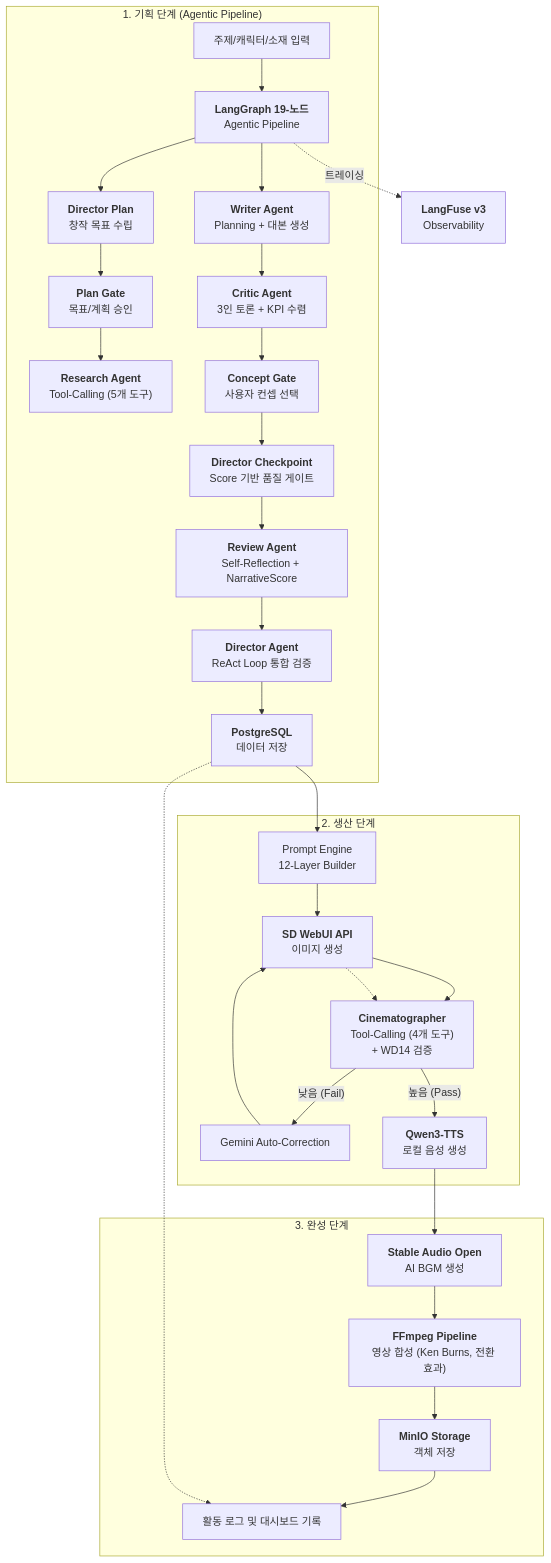
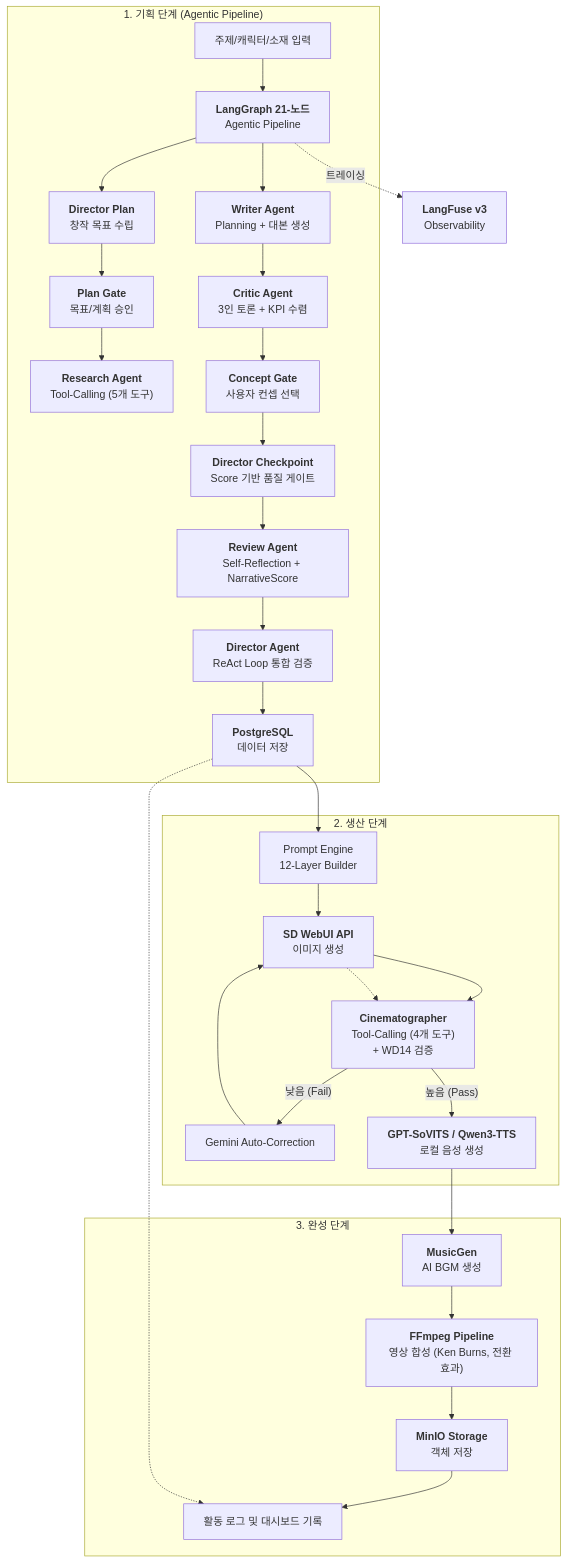
One commit to tomo-playground/sdd-orchestrator changed the first of 2 diagrams in docs/01_product/PRD.md. Above: the diagram before and after it, drawn with Mermaid. The commit also changed other lines of this file and 8 other files, not shown here.

````diff
--- a/docs/01_product/PRD.md
+++ b/docs/01_product/PRD.md
@@ -9,39 +9,39 @@
 ```mermaid
 graph TD
     subgraph Planning ["1. 기획 단계 (Agentic Pipeline)"]
-        Topic[주제/캐릭터/소재 입력] --> Graph["<b>LangGraph 19-노드</b><br/>Agentic Pipeline"]
+        Topic[주제/캐릭터/소재 입력] --> Graph["<b>LangGraph 21-노드</b><br/>Agentic Pipeline"]
         Graph --> DirPlan["<b>Director Plan</b><br/>창작 목표 수립"]
         DirPlan --> PlanGate["<b>Plan Gate</b><br/>목표/계획 승인"]
         PlanGate --> Research["<b>Research Agent</b><br/>Tool-Calling (5개 도구)"]
         Graph --> Writer["<b>Writer Agent</b><br/>Planning + 대본 생성"]
         Writer --> Critic["<b>Critic Agent</b><br/>3인 토론 + KPI 수렴"]
         Critic --> ConceptGate["<b>Concept Gate</b><br/>사용자 컨셉 선택"]
         ConceptGate --> DirCheck["<b>Director Checkpoint</b><br/>Score 기반 품질 게이트"]
         DirCheck --> Review["<b>Review Agent</b><br/>Self-Reflection + NarrativeScore"]
         Review --> Director["<b>Director Agent</b><br/>ReAct Loop 통합 검증"]
         Director --> DB_Store["<b>PostgreSQL</b><br/>데이터 저장"]
     end
 
     subgraph Production ["2. 생산 단계"]
         DB_Store --> Prompt[Prompt Engine<br/>12-Layer Builder]
         Prompt --> SD["<b>SD WebUI API</b><br/>이미지 생성"]
         SD --> Quality["<b>Cinematographer</b><br/>Tool-Calling (4개 도구)<br/>+ WD14 검증"]
         Quality -- "낮음 (Fail)" --> AutoEdit[Gemini Auto-Correction]
         AutoEdit --> SD
-        Quality -- "높음 (Pass)" --> Audio["<b>Qwen3-TTS</b><br/>로컬 음성 생성"]
+        Quality -- "높음 (Pass)" --> Audio["<b>GPT-SoVITS / Qwen3-TTS</b><br/>로컬 음성 생성"]
     end
 
     subgraph Finalization ["3. 완성 단계"]
-        Audio --> BGM["<b>Stable Audio Open</b><br/>AI BGM 생성"]
+        Audio --> BGM["<b>MusicGen</b><br/>AI BGM 생성"]
         BGM --> FFmpeg["<b>FFmpeg Pipeline</b><br/>영상 합성 (Ken Burns, 전환 효과)"]
         FFmpeg --> MinIO["<b>MinIO Storage</b><br/>객체 저장"]
         MinIO --> History[활동 로그 및 대시보드 기록]
     end
 
     %% Observability
     Graph -.->|트레이싱| LangFuse["<b>LangFuse v3</b><br/>Observability"]
 
     %% Data Connections
     DB_Store -.-> History
     SD -.-> Quality
 ```
````
